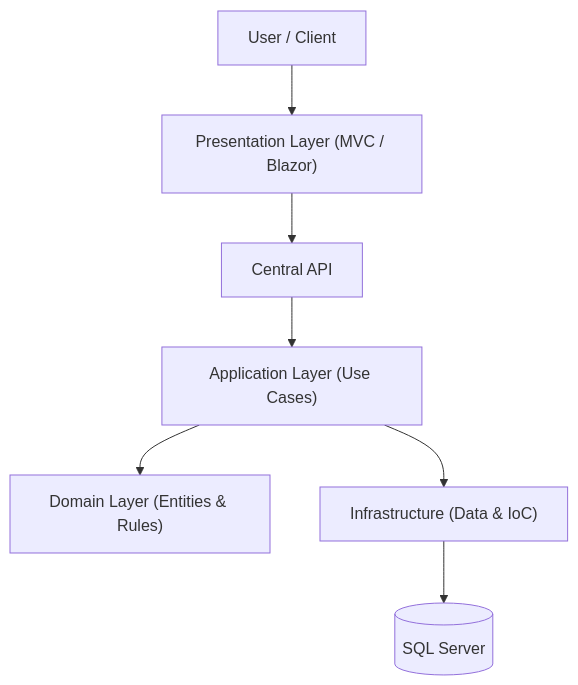
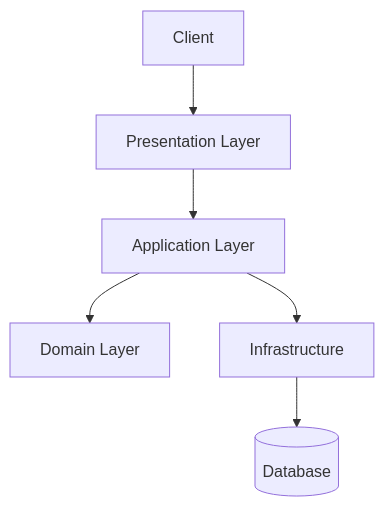
Before and after one commit to ContatoEmanuel/dotnet-platform-eam_company: the diagram in README.md, drawn with Mermaid. The commit also changed other lines of this file and 13 other files, not shown here.

````diff
--- a/README.md
+++ b/README.md
@@ -12,9 +15,8 @@
 ```mermaid
 graph TD
-    User["User / Client"] --> Web["Presentation Layer (MVC / Blazor)"]
-    Web --> API["Central API"]
-    API --> App["Application Layer (Use Cases)"]
-    App --> Domain["Domain Layer (Entities & Rules)"]
-    App --> Infra["Infrastructure (Data & IoC)"]
-    Infra --> DB[("SQL Server")]
+    User["Client"] --> Presentation["Presentation Layer"]
+    Presentation --> Application["Application Layer"]
+    Application --> Domain["Domain Layer"]
+    Application --> Infrastructure["Infrastructure"]
+    Infrastructure --> Database[("Database")]
 ```
````
